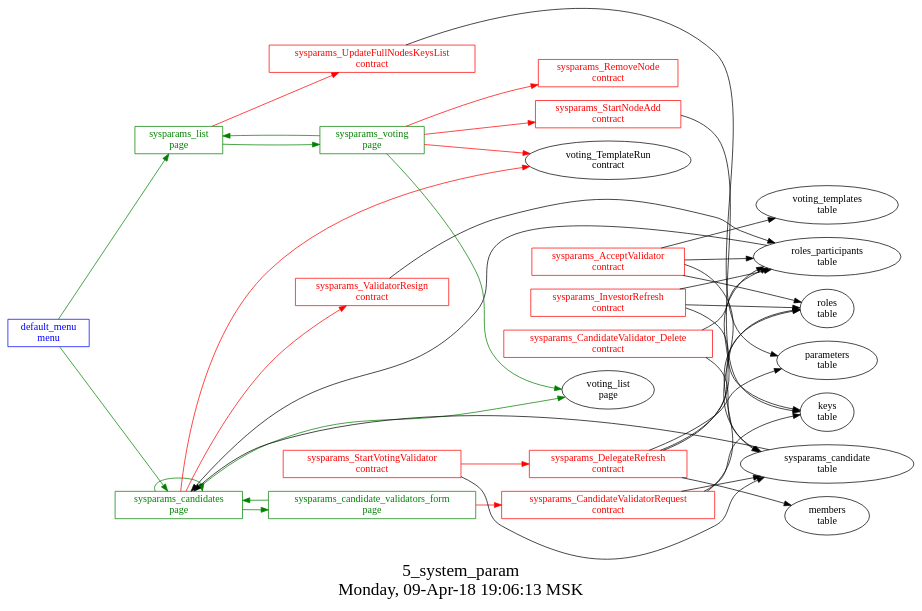
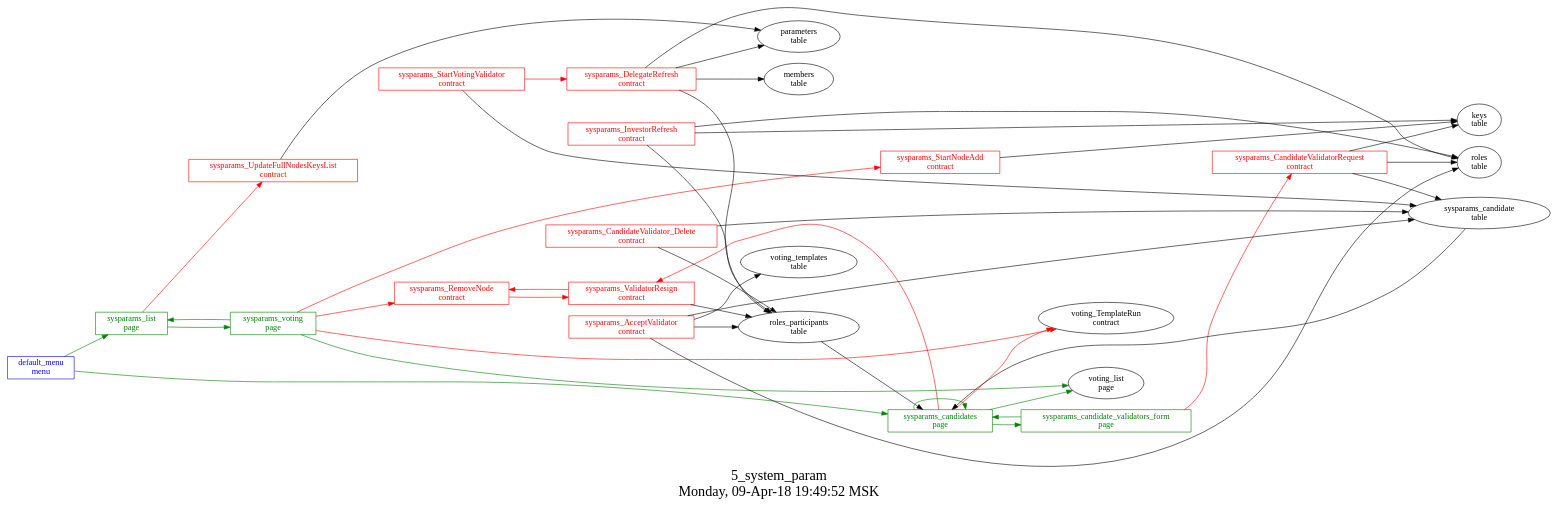
The diagram in src/basic/basic_main/5_system_params/struct.dot (AplaProject/apps), drawn with Graphviz before and after one commit. The commit also changed 3 other files, not shown here.

```diff
--- a/src/basic/basic_main/5_system_params/struct.dot
+++ b/src/basic/basic_main/5_system_params/struct.dot
@@ -1,65 +1,67 @@
 digraph G {
 graph [
   fontsize="24";
-  label="5_system_param\nMonday, 09-Apr-18 19:06:13 MSK";
+  label="5_system_param\nMonday, 09-Apr-18 19:49:52 MSK";
   nojustify=true;
   ordering=out;
   rankdir=LR;
   size="30";
 ];
 "default_menu\nmenu" -> "sysparams_list\npage"  [ color=green ]
 "default_menu\nmenu" -> "sysparams_candidates\npage"  [ color=green ]
 "default_menu\nmenu" [color=blue, fontcolor=blue, group=menus, shape=record];
 "sysparams_candidate_validators_form\npage" -> "sysparams_CandidateValidatorRequest\ncontract"  [ color=red ]
 "sysparams_candidate_validators_form\npage" -> "sysparams_candidates\npage"  [ color=green ]
 "sysparams_candidate_validators_form\npage" [color=green, fontcolor=green, group=pages, shape=record];
 "sysparams_candidates\npage" -> "voting_TemplateRun\ncontract"  [ color=red ]
 "sysparams_candidates\npage" -> "sysparams_ValidatorResign\ncontract"  [ color=red ]
 "sysparams_candidate\ntable" -> "sysparams_candidates\npage"  [ color="" ]
 "roles_participants\ntable" -> "sysparams_candidates\npage"  [ color="" ]
 "sysparams_candidates\npage" -> "voting_list\npage"  [ color=green ]
 "sysparams_candidates\npage" -> "sysparams_candidates\npage"  [ color=green ]
 "sysparams_candidates\npage" -> "sysparams_candidate_validators_form\npage"  [ color=green ]
 "sysparams_candidates\npage" [color=green, fontcolor=green, group=pages, shape=record];
 "sysparams_list\npage" -> "sysparams_UpdateFullNodesKeysList\ncontract"  [ color=red ]
 "sysparams_list\npage" -> "sysparams_voting\npage"  [ color=green ]
 "sysparams_list\npage" [color=green, fontcolor=green, group=pages, shape=record];
 "sysparams_voting\npage" -> "sysparams_StartNodeAdd\ncontract"  [ color=red ]
 "sysparams_voting\npage" -> "sysparams_RemoveNode\ncontract"  [ color=red ]
 "sysparams_voting\npage" -> "voting_TemplateRun\ncontract"  [ color=red ]
 "sysparams_voting\npage" -> "sysparams_list\npage"  [ color=green ]
 "sysparams_voting\npage" -> "voting_list\npage"  [ color=green ]
 "sysparams_voting\npage" [color=green, fontcolor=green, group=pages, shape=record];
 "sysparams_AcceptValidator\ncontract" -> "voting_templates\ntable"  [ color="" ]
 "sysparams_AcceptValidator\ncontract" -> "sysparams_candidate\ntable"  [ color="" ]
 "sysparams_AcceptValidator\ncontract" -> "roles_participants\ntable"  [ color="" ]
 "sysparams_AcceptValidator\ncontract" -> "roles\ntable"  [ color="" ]
 "sysparams_AcceptValidator\ncontract" [color=red, fontcolor=red, group=contracts, shape=record];
 "sysparams_CandidateValidatorRequest\ncontract" -> "keys\ntable"  [ color="" ]
 "sysparams_CandidateValidatorRequest\ncontract" -> "roles\ntable"  [ color="" ]
 "sysparams_CandidateValidatorRequest\ncontract" -> "sysparams_candidate\ntable"  [ color="" ]
 "sysparams_CandidateValidatorRequest\ncontract" [color=red, fontcolor=red, group=contracts, shape=record];
 "sysparams_CandidateValidator_Delete\ncontract" -> "sysparams_candidate\ntable"  [ color="" ]
 "sysparams_CandidateValidator_Delete\ncontract" -> "roles_participants\ntable"  [ color="" ]
 "sysparams_CandidateValidator_Delete\ncontract" [color=red, fontcolor=red, group=contracts, shape=record];
 "sysparams_DelegateRefresh\ncontract" -> "roles\ntable"  [ color="" ]
 "sysparams_DelegateRefresh\ncontract" -> "parameters\ntable"  [ color="" ]
 "sysparams_DelegateRefresh\ncontract" -> "roles_participants\ntable"  [ color="" ]
 "sysparams_DelegateRefresh\ncontract" -> "members\ntable"  [ color="" ]
 "sysparams_DelegateRefresh\ncontract" [color=red, fontcolor=red, group=contracts, shape=record];
 "sysparams_InvestorRefresh\ncontract" -> "roles\ntable"  [ color="" ]
 "sysparams_InvestorRefresh\ncontract" -> "keys\ntable"  [ color="" ]
 "sysparams_InvestorRefresh\ncontract" -> "roles_participants\ntable"  [ color="" ]
 "sysparams_InvestorRefresh\ncontract" [color=red, fontcolor=red, group=contracts, shape=record];
+"sysparams_RemoveNode\ncontract" -> "sysparams_ValidatorResign\ncontract"  [ color=red ]
 "sysparams_RemoveNode\ncontract" [color=red, fontcolor=red, group=contracts, shape=record];
 "sysparams_StartNodeAdd\ncontract" -> "keys\ntable"  [ color="" ]
 "sysparams_StartNodeAdd\ncontract" [color=red, fontcolor=red, group=contracts, shape=record];
 "sysparams_StartVotingValidator\ncontract" -> "sysparams_DelegateRefresh\ncontract"  [ color=red ]
 "sysparams_StartVotingValidator\ncontract" -> "sysparams_candidate\ntable"  [ color="" ]
 "sysparams_StartVotingValidator\ncontract" [color=red, fontcolor=red, group=contracts, shape=record];
 "sysparams_UpdateFullNodesKeysList\ncontract" -> "parameters\ntable"  [ color="" ]
 "sysparams_UpdateFullNodesKeysList\ncontract" [color=red, fontcolor=red, group=contracts, shape=record];
+"sysparams_ValidatorResign\ncontract" -> "sysparams_RemoveNode\ncontract"  [ color=red ]
 "sysparams_ValidatorResign\ncontract" -> "roles_participants\ntable"  [ color="" ]
 "sysparams_ValidatorResign\ncontract" [color=red, fontcolor=red, group=contracts, shape=record];
 "sysparams_candidate\ntable" [color="", fontcolor="", group=tables, shape=""];
 }
```
